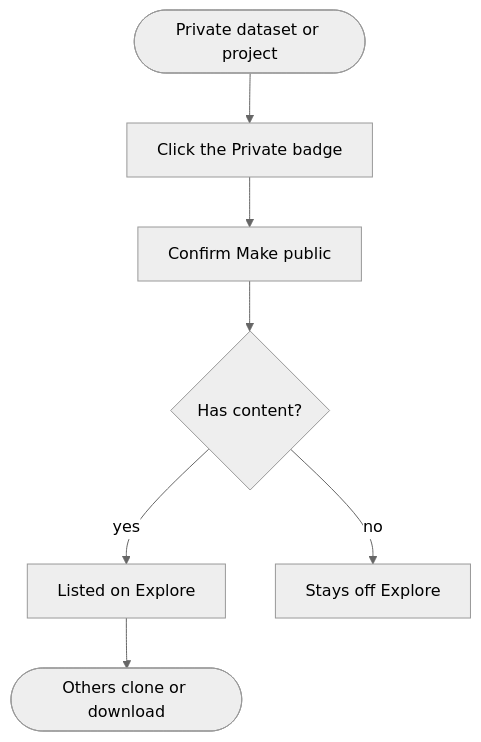
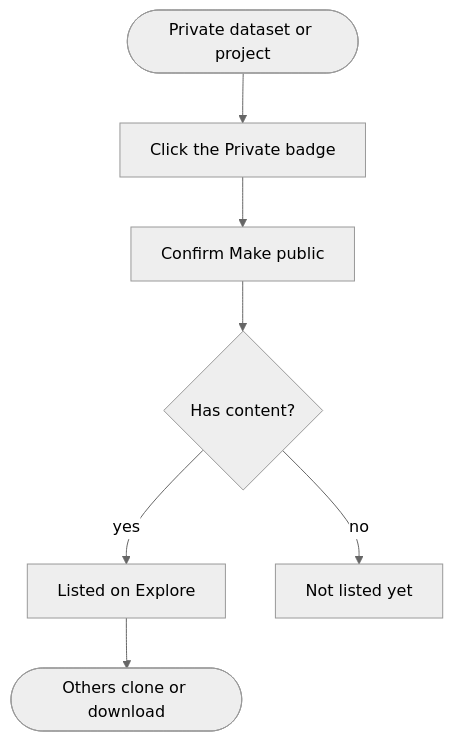
Before and after one commit to ultralytics/ultralytics: the third of 3 diagrams in docs/en/platform/explore.md, drawn with Mermaid (neutral theme). The commit also changed other lines of this file and 6 other files, not shown here.

First line of the commit message:
Fit Mermaid diagrams to phone width in the site renderer

````diff
--- a/docs/en/platform/explore.md
+++ b/docs/en/platform/explore.md
@@ -267,9 +267,9 @@
 ```mermaid
 flowchart TD
     A([Private dataset or project]) --> B[Click the Private badge]
     B --> C[Confirm Make public]
     C --> D{Has content?}
     D -->|yes| E[Listed on Explore]
-    D -->|no| F[Stays off Explore]
+    D -->|no| F[Not listed yet]
     E --> G([Others clone or download])
 ```
````
